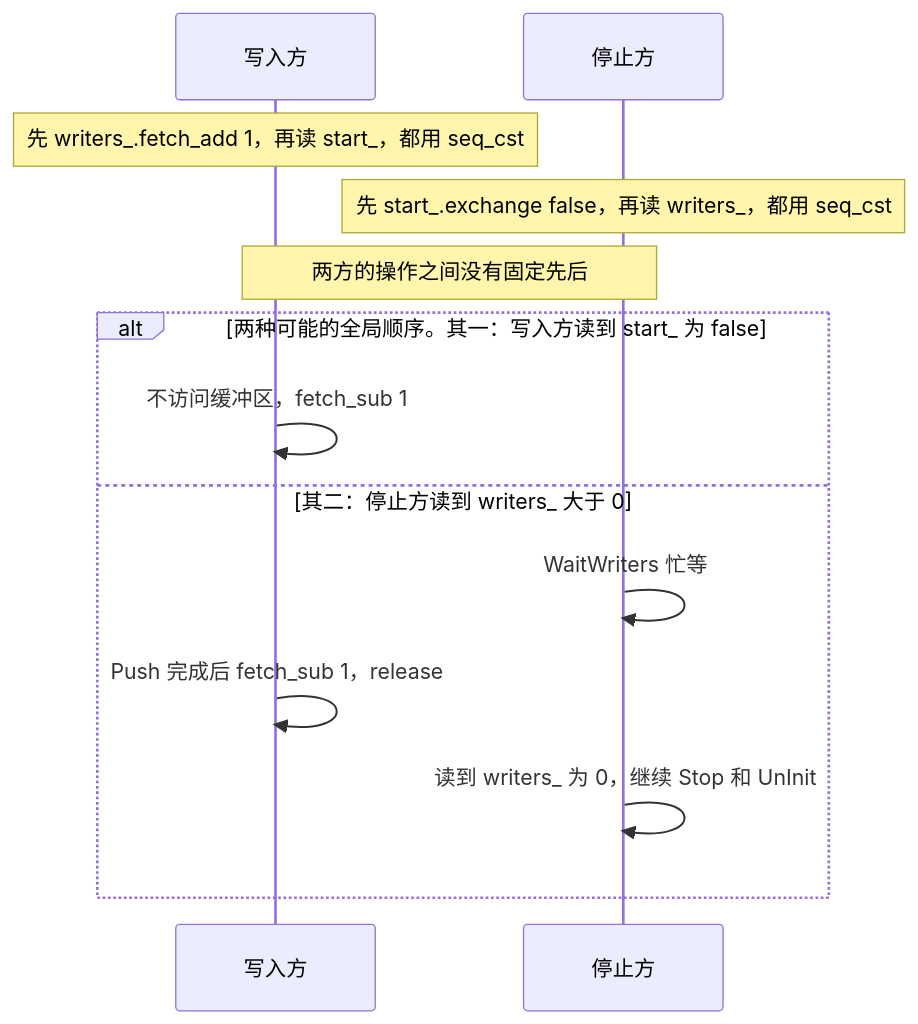
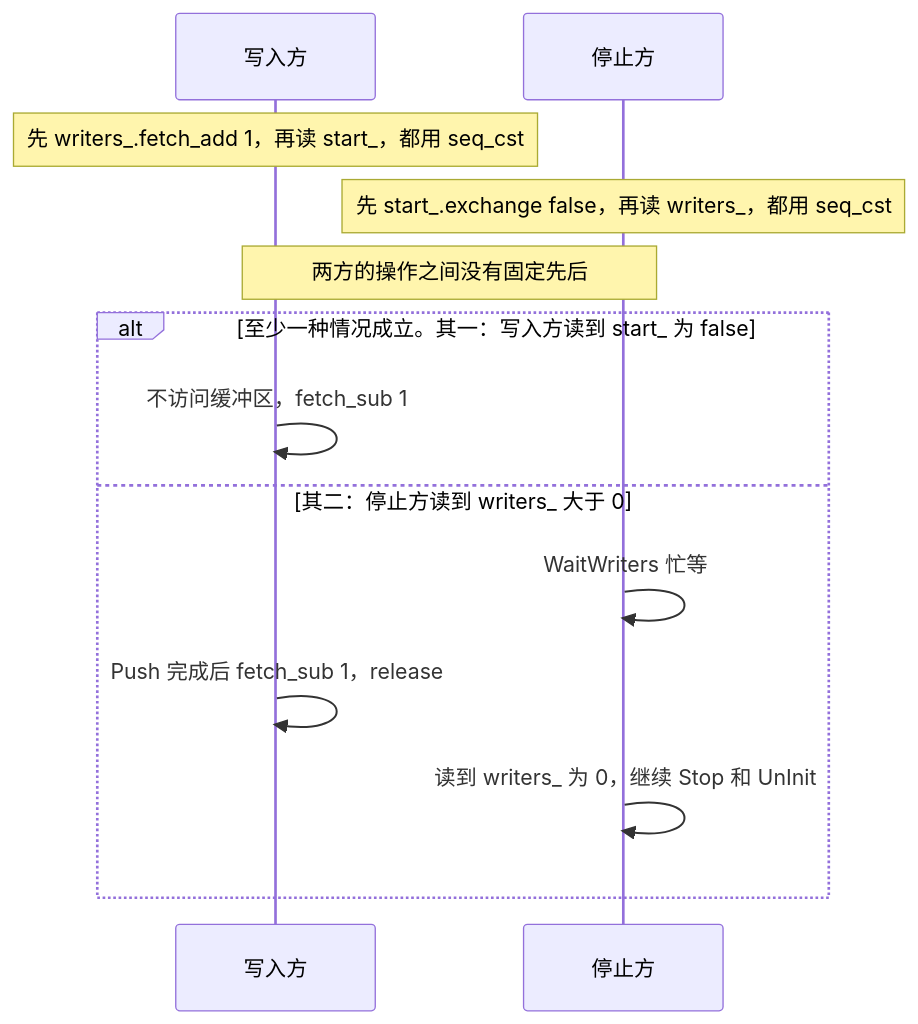
The third of 5 diagrams in docs/profiler_free_threaded/fix_details.md (yinwu01/torch_npu), drawn with Mermaid before and after one commit. The commit also changed other lines of this file and 3 other files, not shown here.

````diff
--- a/docs/profiler_free_threaded/fix_details.md
+++ b/docs/profiler_free_threaded/fix_details.md
@@ -131,15 +131,15 @@
 ```mermaid
 sequenceDiagram
     participant W as 写入方
     participant S as 停止方
     Note over W: 先 writers_.fetch_add 1，再读 start_，都用 seq_cst
     Note over S: 先 start_.exchange false，再读 writers_，都用 seq_cst
     Note over W,S: 两方的操作之间没有固定先后
-    alt 两种可能的全局顺序。其一：写入方读到 start_ 为 false
+    alt 至少一种情况成立。其一：写入方读到 start_ 为 false
         W->>W: 不访问缓冲区，fetch_sub 1
     else 其二：停止方读到 writers_ 大于 0
         S->>S: WaitWriters 忙等
         W->>W: Push 完成后 fetch_sub 1，release
         S->>S: 读到 writers_ 为 0，继续 Stop 和 UnInit
     end
 ```
````
